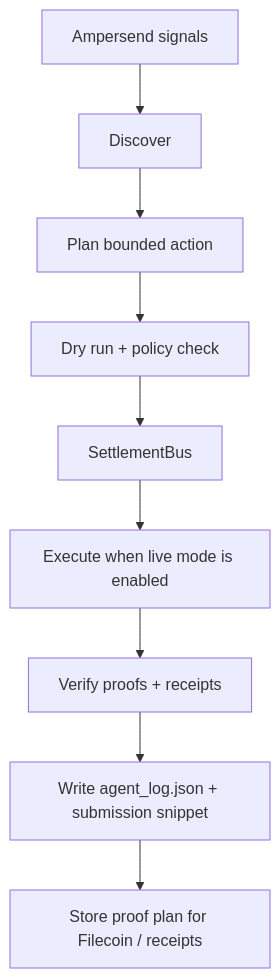
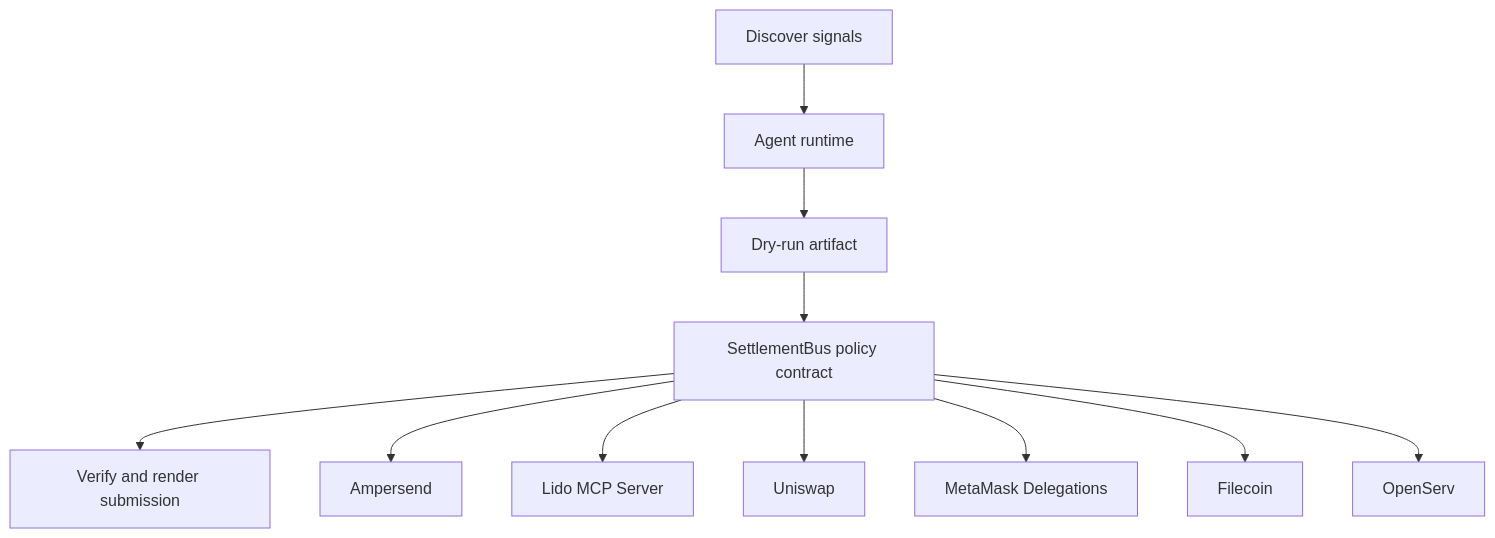
The diagram in docs/architecture.mmd (CrystallineButterfly/Synthesis-Ampersend), drawn with Mermaid before and after one commit. The commit also changed 998 other files, not shown here.

Commit message:
Implement bounded agent runtime

```diff
--- a/docs/architecture.mmd
+++ b/docs/architecture.mmd
@@ -1,9 +1,13 @@
 flowchart TD
-    Signals[Ampersend signals] --> Discover[Discover]
-    Discover --> Plan[Plan bounded action]
-    Plan --> DryRun[Dry run + policy check]
-    DryRun --> Guard[SettlementBus]
-    Guard --> Execute[Execute when live mode is enabled]
-    Execute --> Verify[Verify proofs + receipts]
-    Verify --> Persist[Write agent_log.json + submission snippet]
-    Persist --> Storage[Store proof plan for Filecoin / receipts]
+    Signals[Discover signals]
+    Planner[Agent runtime]
+    DryRun[Dry-run artifact]
+    Contract[SettlementBus policy contract]
+    Verify[Verify and render submission]
+    Signals --> Planner --> DryRun --> Contract --> Verify
+    Contract --> ampersend[Ampersend]
+    Contract --> lido_mcp_server[Lido MCP Server]
+    Contract --> uniswap[Uniswap]
+    Contract --> metamask_delegations[MetaMask Delegations]
+    Contract --> filecoin[Filecoin]
+    Contract --> openserv[OpenServ]
```
